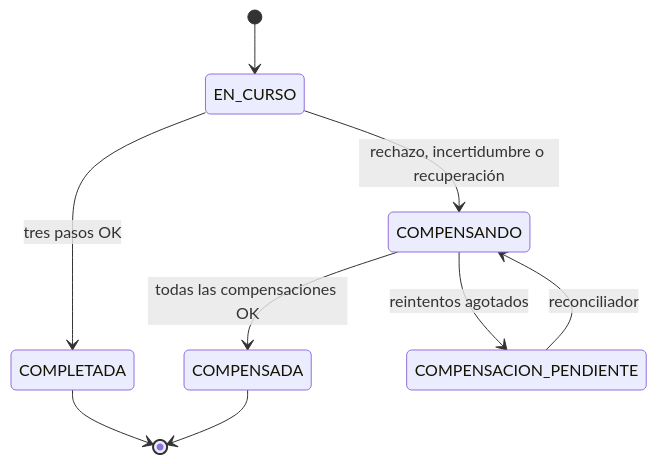
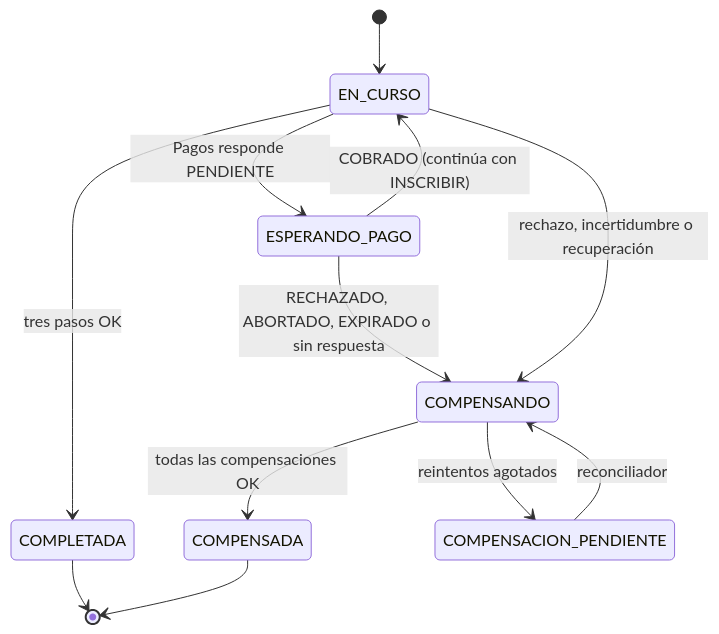
One commit to vq00001/Integracion_de_Sistemas_Tarea_2 changed the fourth of 4 diagrams in docs/saga.md. Above: the diagram before and after it, drawn with Mermaid. The commit also changed other lines of this file and 49 other files, not shown here.

Commit message:
Funcionalidad de pagos con transbank + experimentos

````diff
--- a/docs/saga.md
+++ b/docs/saga.md
@@ -103,11 +142,14 @@
 ```mermaid
 stateDiagram-v2
     [*] --> EN_CURSO
+    EN_CURSO --> ESPERANDO_PAGO: Pagos responde PENDIENTE
+    ESPERANDO_PAGO --> EN_CURSO: COBRADO (continúa con INSCRIBIR)
+    ESPERANDO_PAGO --> COMPENSANDO: RECHAZADO, ABORTADO, EXPIRADO o sin respuesta
     EN_CURSO --> COMPLETADA: tres pasos OK
     EN_CURSO --> COMPENSANDO: rechazo, incertidumbre o recuperación
     COMPENSANDO --> COMPENSADA: todas las compensaciones OK
     COMPENSANDO --> COMPENSACION_PENDIENTE: reintentos agotados
     COMPENSACION_PENDIENTE --> COMPENSANDO: reconciliador
     COMPLETADA --> [*]
     COMPENSADA --> [*]
 ```
````
